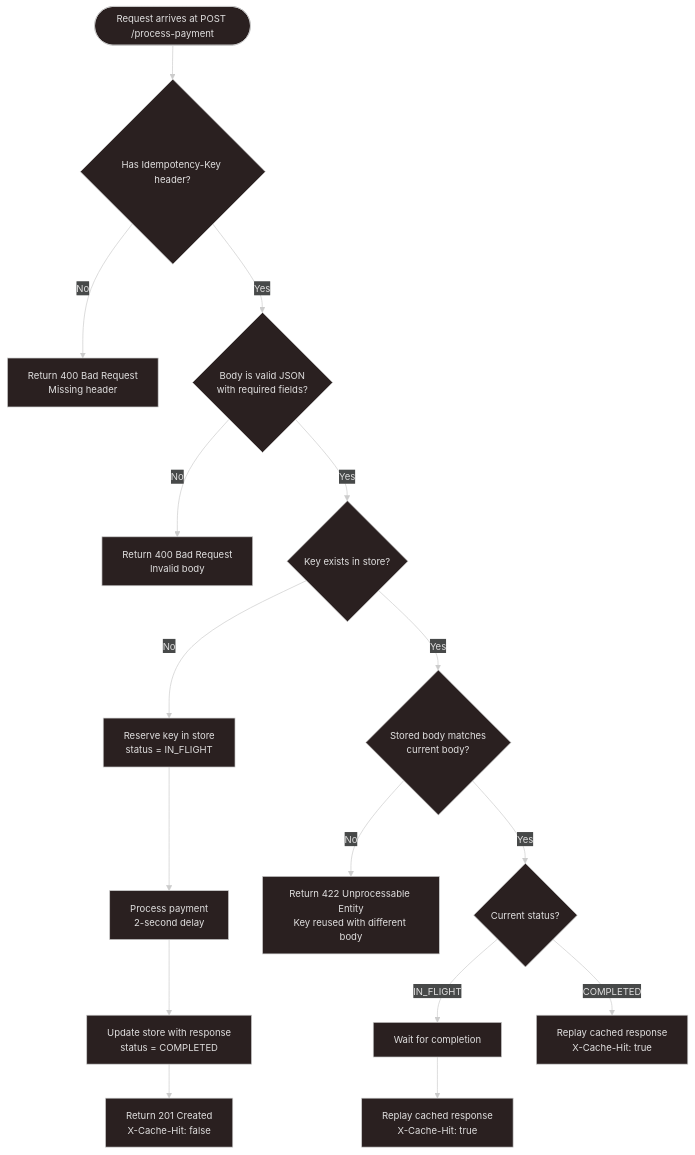
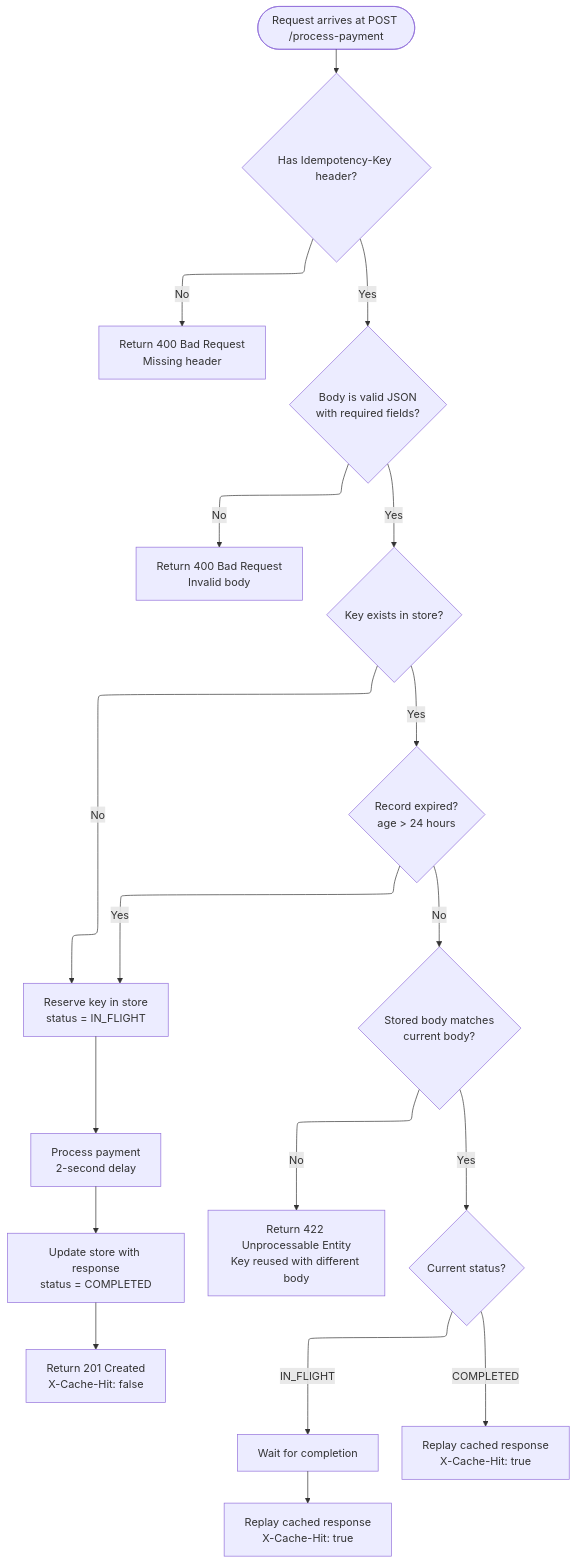
One commit to dem0saic/Idempotency-Gateway changed the first of 3 diagrams in README.md. Above: the diagram before and after it, drawn with Mermaid.

Commit message:
docs: add TTL expiry branch to flowchart

````diff
--- a/README.md
+++ b/README.md
@@ -11,25 +11,24 @@
 ```mermaid
 ---
 config:
-  theme: neo-dark
+  layout: elk
 ---
-flowchart TD
-    Start([Request arrives at POST /process-payment]) --> CheckHeader{Has Idempotency-Key header?}
-    CheckHeader -- No --> Reject400Header[Return 400 Bad Request<br/>Missing header]
-    CheckHeader -- Yes --> CheckBody{Body is valid JSON<br/>with required fields?}
-    CheckBody -- No --> Reject400Body[Return 400 Bad Request<br/>Invalid body]
-    CheckBody -- Yes --> LookupKey{Key exists in store?}
-
-    LookupKey -- No --> Reserve[Reserve key in store<br/>status = IN_FLIGHT]
-    Reserve --> Process[Process payment<br/>2-second delay]
-    Process --> Complete[Update store with response<br/>status = COMPLETED]
-    Complete --> Return201Fresh[Return 201 Created<br/>X-Cache-Hit: false]
-
-    LookupKey -- Yes --> CheckBodyMatch{Stored body matches<br/>current body?}
-    CheckBodyMatch -- No --> Reject422[Return 422 Unprocessable Entity<br/>Key reused with different body]
-    CheckBodyMatch -- Yes --> CheckStatus{Current status?}
-
-    CheckStatus -- IN_FLIGHT --> Wait[Wait for completion]
-    Wait --> ReplayAfterWait[Replay cached response<br/>X-Cache-Hit: true]
-    CheckStatus -- COMPLETED --> Replay[Replay cached response<br/>X-Cache-Hit: true]
+flowchart TB
+    Start(["Request arrives at POST /process-payment"]) --> CheckHeader{"Has Idempotency-Key header?"}
+    CheckHeader -- No --> Reject400Header["Return 400 Bad Request<br>Missing header"]
+    CheckHeader -- Yes --> CheckBody{"Body is valid JSON<br>with required fields?"}
+    CheckBody -- No --> Reject400Body["Return 400 Bad Request<br>Invalid body"]
+    CheckBody -- Yes --> LookupKey{"Key exists in store?"}
+    LookupKey -- No --> Reserve["Reserve key in store<br>status = IN_FLIGHT"]
+    Reserve --> Process["Process payment<br>2-second delay"]
+    Process --> Complete["Update store with response<br>status = COMPLETED"]
+    Complete --> Return201Fresh["Return 201 Created<br>X-Cache-Hit: false"]
+    LookupKey -- Yes --> CheckExpired{"Record expired?<br>age &gt; 24 hours"}
+    CheckExpired -- Yes --> Reserve
+    CheckExpired -- No --> CheckBodyMatch{"Stored body matches<br>current body?"}
+    CheckBodyMatch -- No --> Reject422["Return 422 Unprocessable Entity<br>Key reused with different body"]
+    CheckBodyMatch -- Yes --> CheckStatus{"Current status?"}
+    CheckStatus -- IN_FLIGHT --> Wait["Wait for completion"]
+    Wait --> ReplayAfterWait["Replay cached response<br>X-Cache-Hit: true"]
+    CheckStatus -- COMPLETED --> Replay["Replay cached response<br>X-Cache-Hit: true"]
 ```
````
